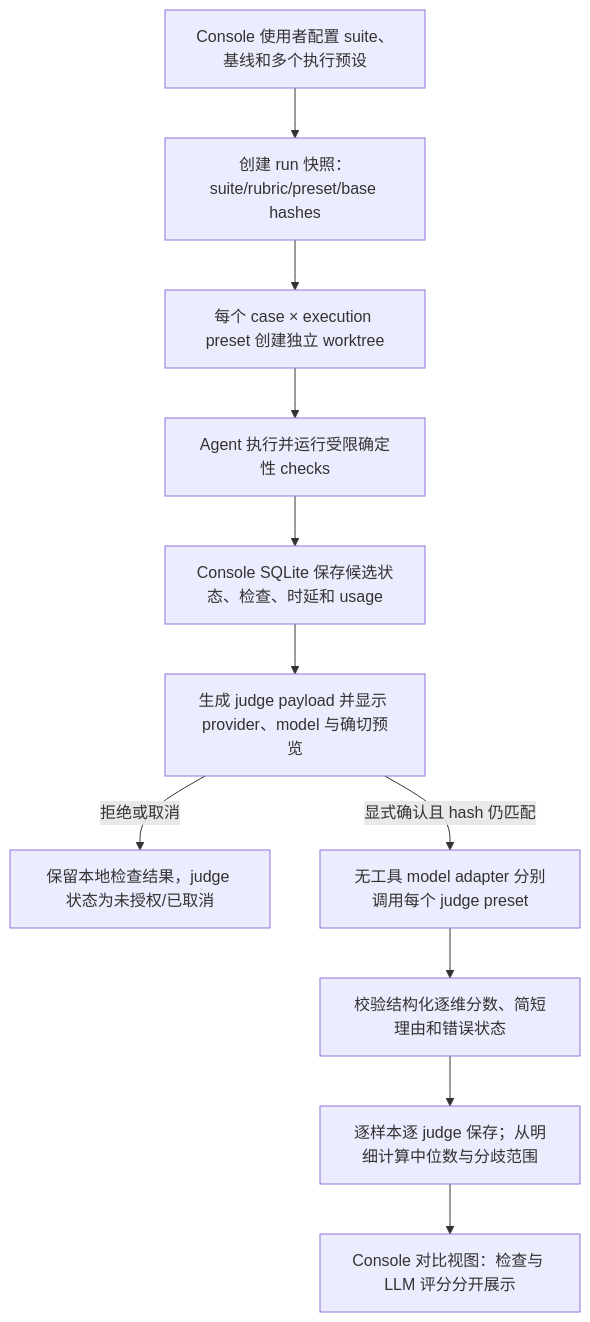
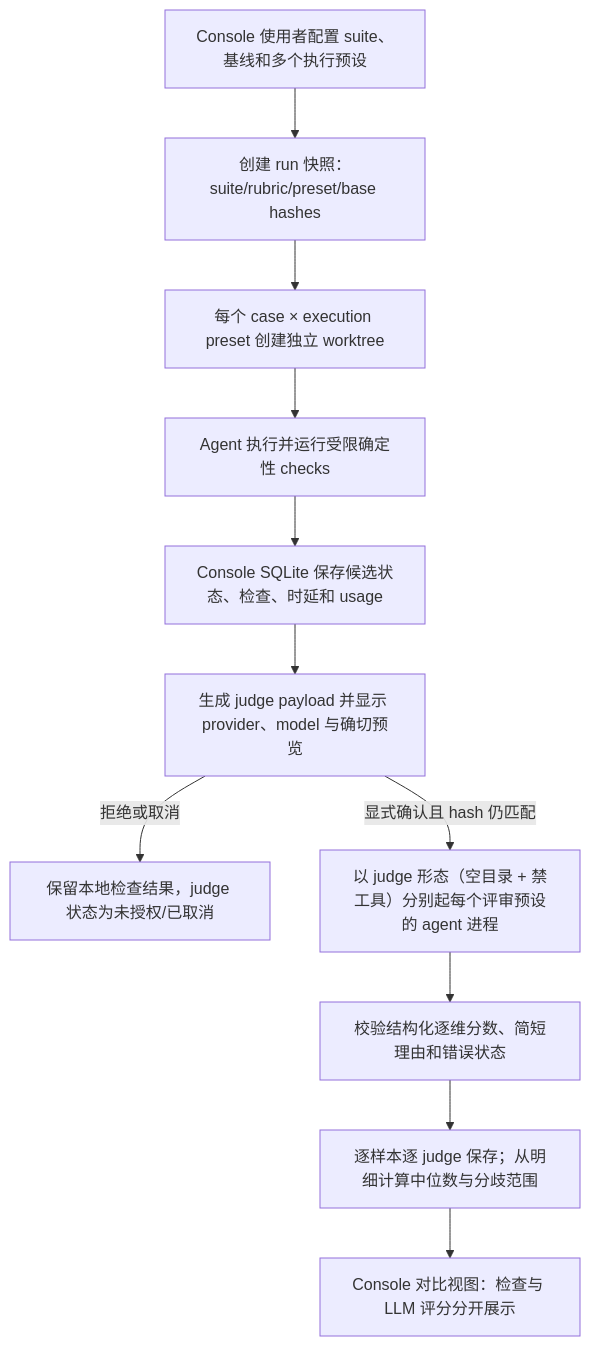
One commit to ZataZhang/keda changed the first of 2 diagrams in tasks/archive/P1-FEAT-20261012-103909-multi-judge-agent-evaluation.md. Above: the diagram before and after it, drawn with Mermaid. The commit also changed other lines of this file and 28 other files, not shown here.

First line of the commit message:
feat(model-evaluation): run judges through the agent executor

````diff
--- a/tasks/archive/P1-FEAT-20261012-103909-multi-judge-agent-evaluation.md
+++ b/tasks/archive/P1-FEAT-20261012-103909-multi-judge-agent-evaluation.md
@@ -273,13 +274,13 @@
 ```mermaid
 flowchart TD
     A["Console 使用者配置 suite、基线和多个执行预设"] --> B["创建 run 快照：suite/rubric/preset/base hashes"]
     B --> C["每个 case × execution preset 创建独立 worktree"]
     C --> D["Agent 执行并运行受限确定性 checks"]
     D --> E["Console SQLite 保存候选状态、检查、时延和 usage"]
     E --> F["生成 judge payload 并显示 provider、model 与确切预览"]
     F -->|"拒绝或取消"| G["保留本地检查结果，judge 状态为未授权/已取消"]
-    F -->|"显式确认且 hash 仍匹配"| H["无工具 model adapter 分别调用每个 judge preset"]
+    F -->|"显式确认且 hash 仍匹配"| H["以 judge 形态（空目录 + 禁工具）分别起每个评审预设的 agent 进程"]
     H --> I["校验结构化逐维分数、简短理由和错误状态"]
     I --> J["逐样本逐 judge 保存；从明细计算中位数与分歧范围"]
     J --> K["Console 对比视图：检查与 LLM 评分分开展示"]
 ```
````
